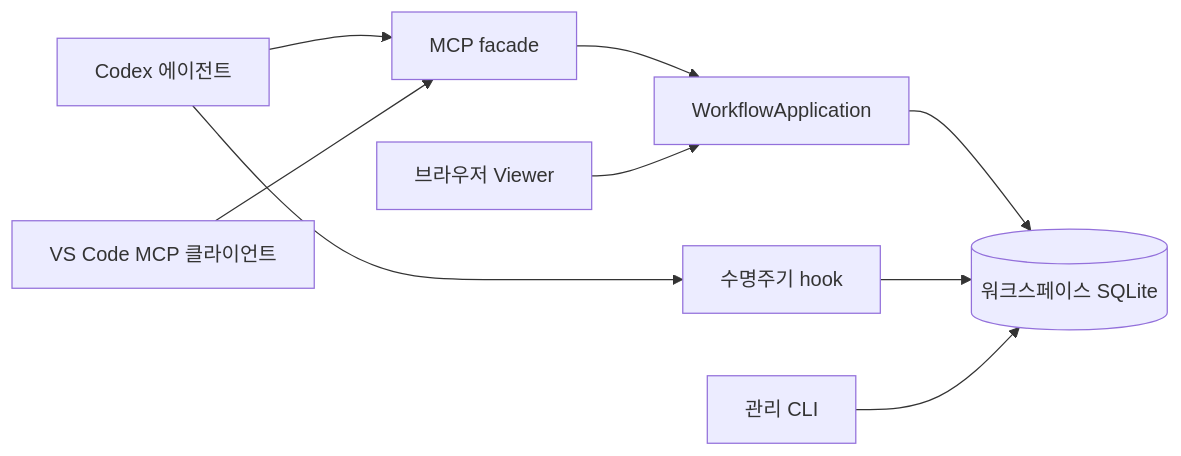
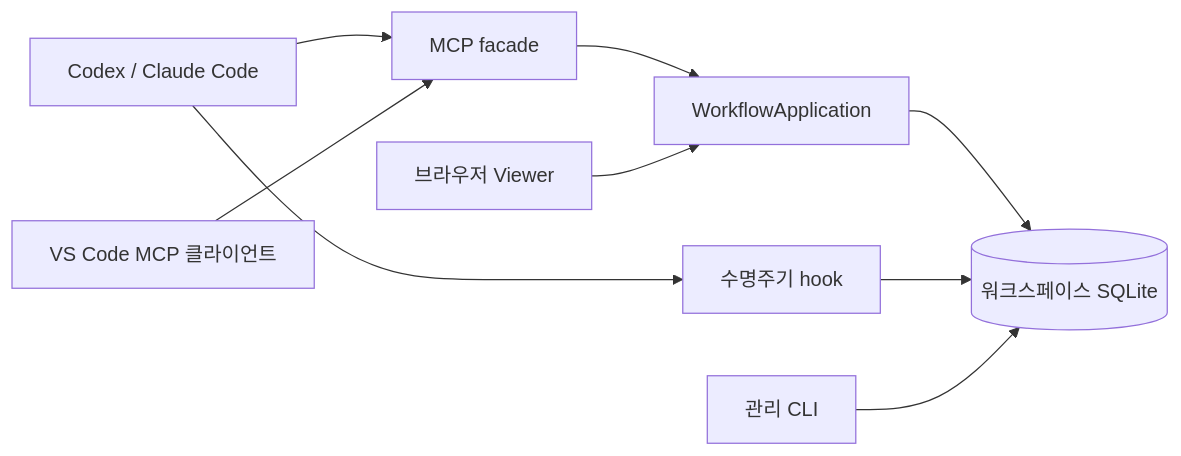
Before and after one commit to qkdxorjs1002/tapl: the diagram in docs/development/architecture.ko.md, drawn with Mermaid. The commit also changed other lines of this file and 43 other files, not shown here.

Commit message:
docs: present Codex and Claude Code support throughout guides

````diff
--- a/docs/development/architecture.ko.md
+++ b/docs/development/architecture.ko.md
@@ -34,11 +35,11 @@
 ```mermaid
 flowchart LR
-  Agent[Codex 에이전트] --> MCP[MCP facade]
+  Agent[Codex / Claude Code] --> MCP[MCP facade]
   Agent --> Hook[수명주기 hook]
   MCP --> App[WorkflowApplication]
   Browser[브라우저 Viewer] --> App
   Editor[VS Code MCP 클라이언트] --> MCP
   App --> DB[(워크스페이스 SQLite)]
   Hook --> DB
   CLI[관리 CLI] --> DB
 ```
````
